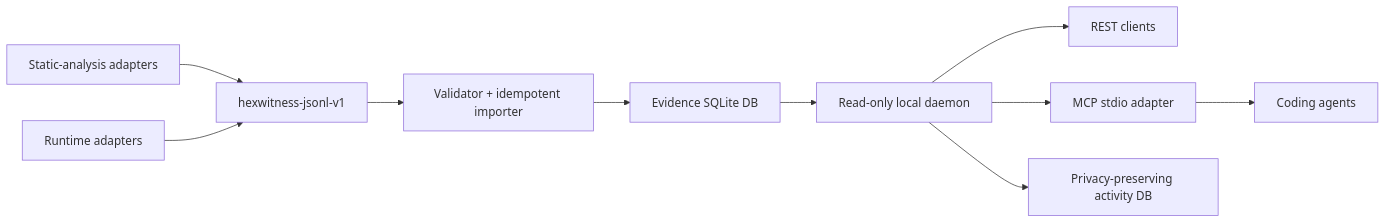
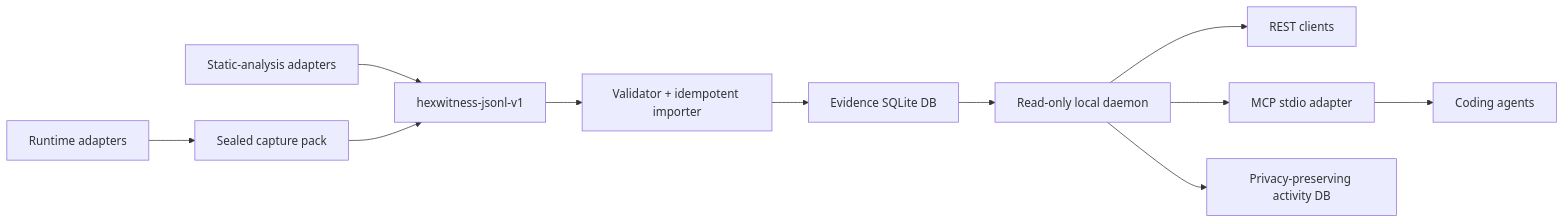
The diagram in docs/ARCHITECTURE.md (siaginw/HexWitness), drawn with Mermaid before and after one commit. The commit also changed other lines of this file and 15 other files, not shown here.

````diff
--- a/docs/ARCHITECTURE.md
+++ b/docs/ARCHITECTURE.md
@@ -3,12 +3,13 @@
 ```mermaid
 flowchart LR
   A["Static-analysis adapters"] --> J["hexwitness-jsonl-v1"]
-  R["Runtime adapters"] --> J
+  R["Runtime adapters"] --> P["Sealed capture pack"]
+  P --> J
   J --> V["Validator + idempotent importer"]
   V --> E["Evidence SQLite DB"]
   E --> D["Read-only local daemon"]
   D --> H["REST clients"]
   D --> M["MCP stdio adapter"]
   M --> G["Coding agents"]
   D --> L["Privacy-preserving activity DB"]
 ```
````
